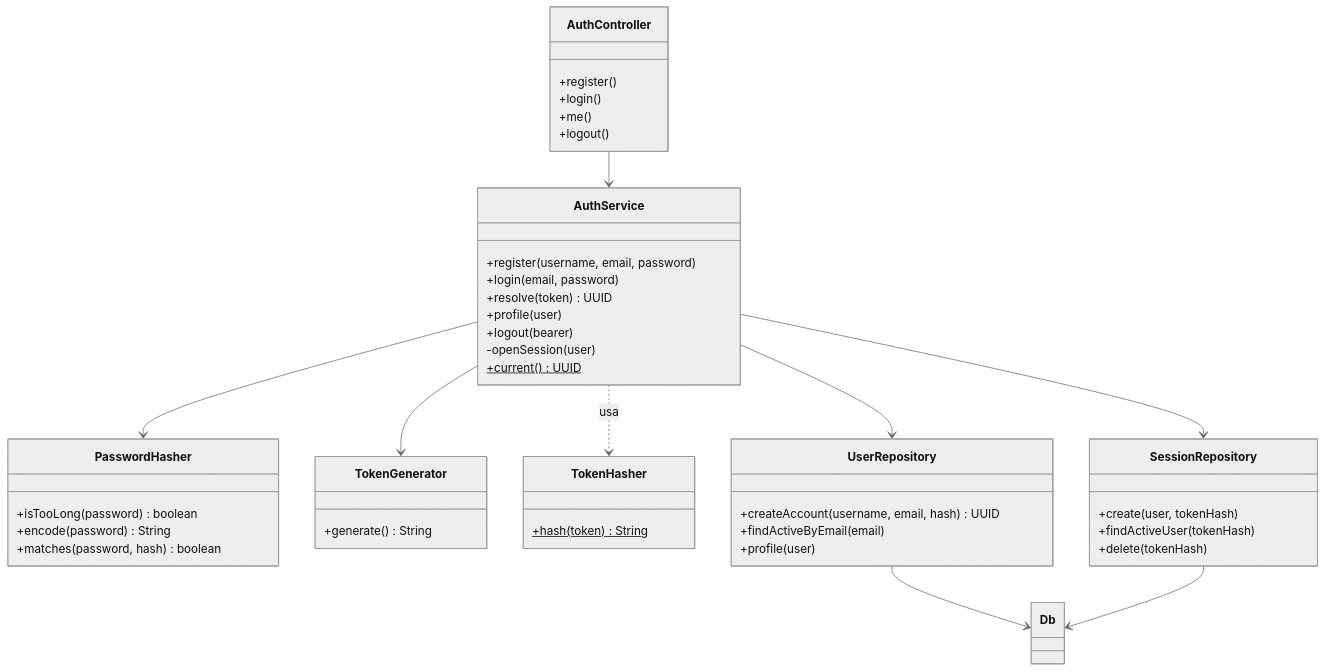
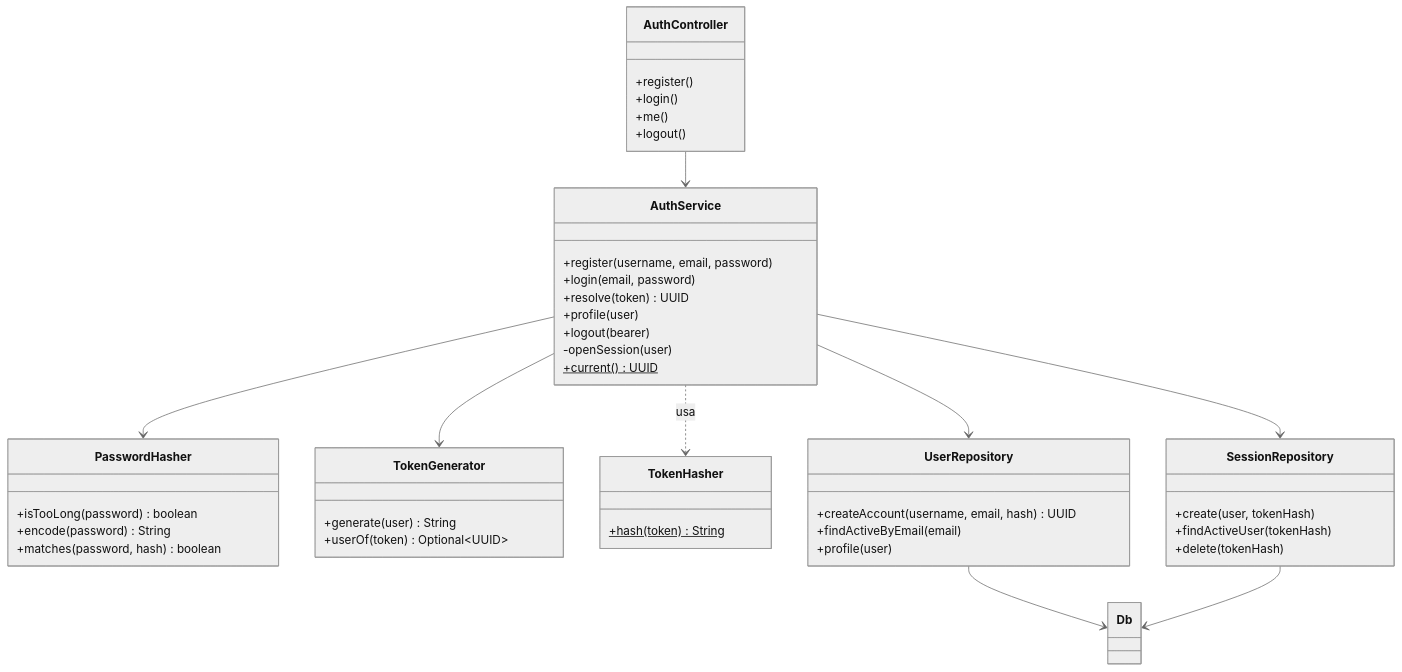
The diagram in docs/AUTH_REFACTOR.md (samuelvallejo/proyecto-final-patrones-BACKEND), drawn with Mermaid (neutral theme) before and after one commit. The commit also changed other lines of this file and 7 other files, not shown here.

````diff
--- a/docs/AUTH_REFACTOR.md
+++ b/docs/AUTH_REFACTOR.md
@@ -7,49 +7,50 @@
 ```mermaid
 classDiagram
     class AuthController {
         +register()
         +login()
         +me()
         +logout()
     }
     class AuthService {
         +register(username, email, password)
         +login(email, password)
         +resolve(token) UUID
         +profile(user)
         +logout(bearer)
         -openSession(user)
         +current()$ UUID
     }
     class PasswordHasher {
         +isTooLong(password) boolean
         +encode(password) String
         +matches(password, hash) boolean
     }
     class TokenGenerator {
-        +generate() String
+        +generate(user) String
+        +userOf(token) Optional~UUID~
     }
     class TokenHasher {
         +hash(token)$ String
     }
     class UserRepository {
         +createAccount(username, email, hash) UUID
         +findActiveByEmail(email)
         +profile(user)
     }
     class SessionRepository {
         +create(user, tokenHash)
         +findActiveUser(tokenHash)
         +delete(tokenHash)
     }
     class Db
 
     AuthController --> AuthService
     AuthService --> PasswordHasher
     AuthService --> TokenGenerator
     AuthService ..> TokenHasher : usa
     AuthService --> UserRepository
     AuthService --> SessionRepository
     UserRepository --> Db
     SessionRepository --> Db
 ```
````
